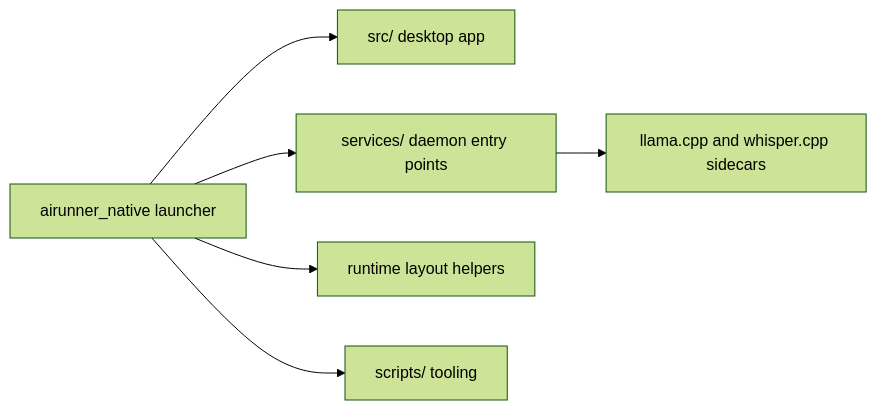
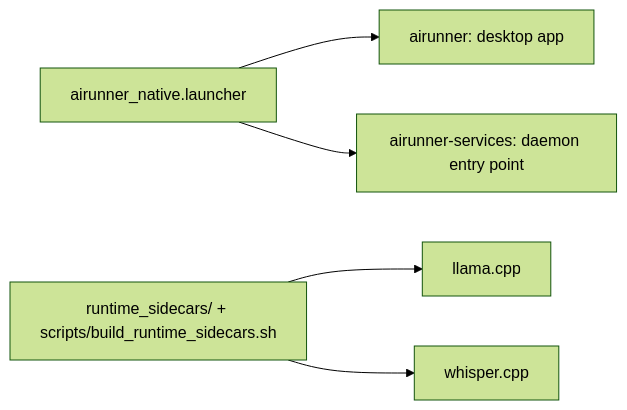
Before and after one commit to Capsize-Games/airunner-native: the diagram in README.md, drawn with Mermaid (forest theme). The commit also changed other lines of this file and 10 other files, not shown here.

````diff
--- a/README.md
+++ b/README.md
@@ -10,8 +21,7 @@
 ```mermaid
 flowchart LR
-	Python[airunner_native launcher] --> GUI[src/ desktop app]
-	Python --> Services[services/ daemon entry points]
-	Services --> Sidecars[llama.cpp and whisper.cpp sidecars]
-	Python --> RuntimeLayout[runtime layout helpers]
-	Python --> Scripts[scripts/ tooling]
+    Launcher[airunner_native.launcher] --> GUI[airunner: desktop app]
+    Launcher --> Services[airunner-services: daemon entry point]
+    Sidecars[runtime_sidecars/ + scripts/build_runtime_sidecars.sh] --> LlamaCpp[llama.cpp]
+    Sidecars --> WhisperCpp[whisper.cpp]
 ```
````
